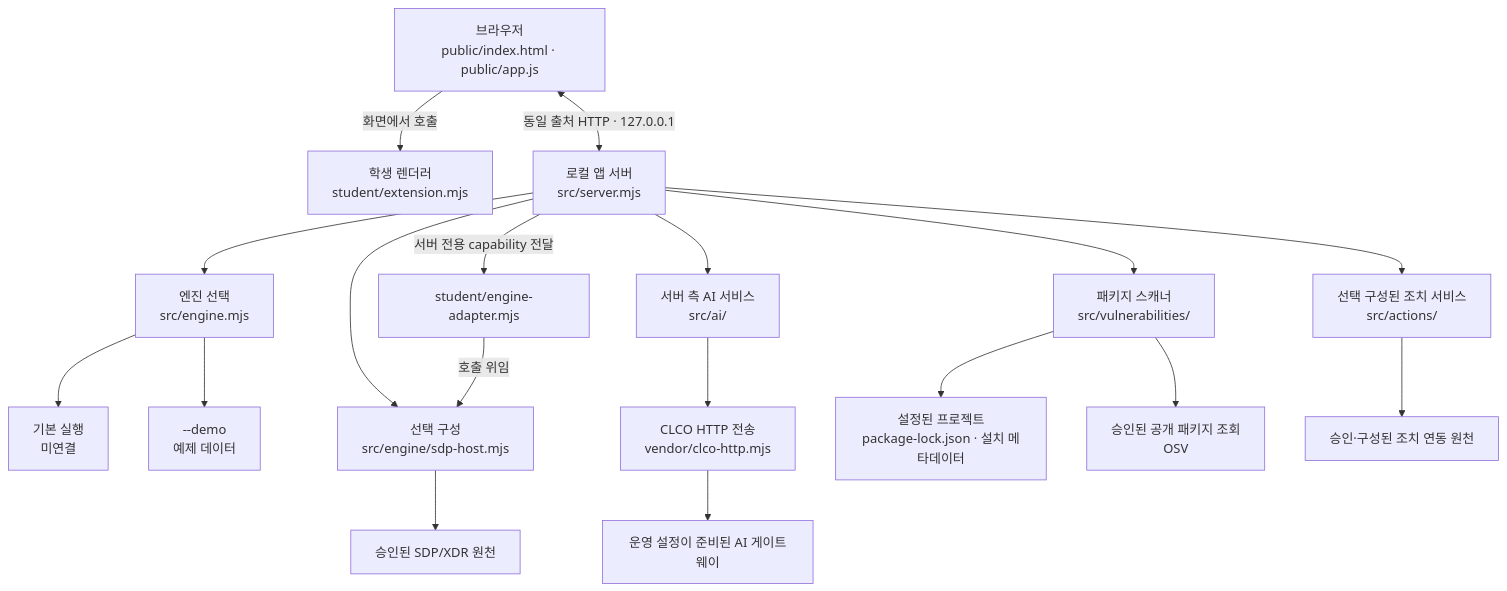
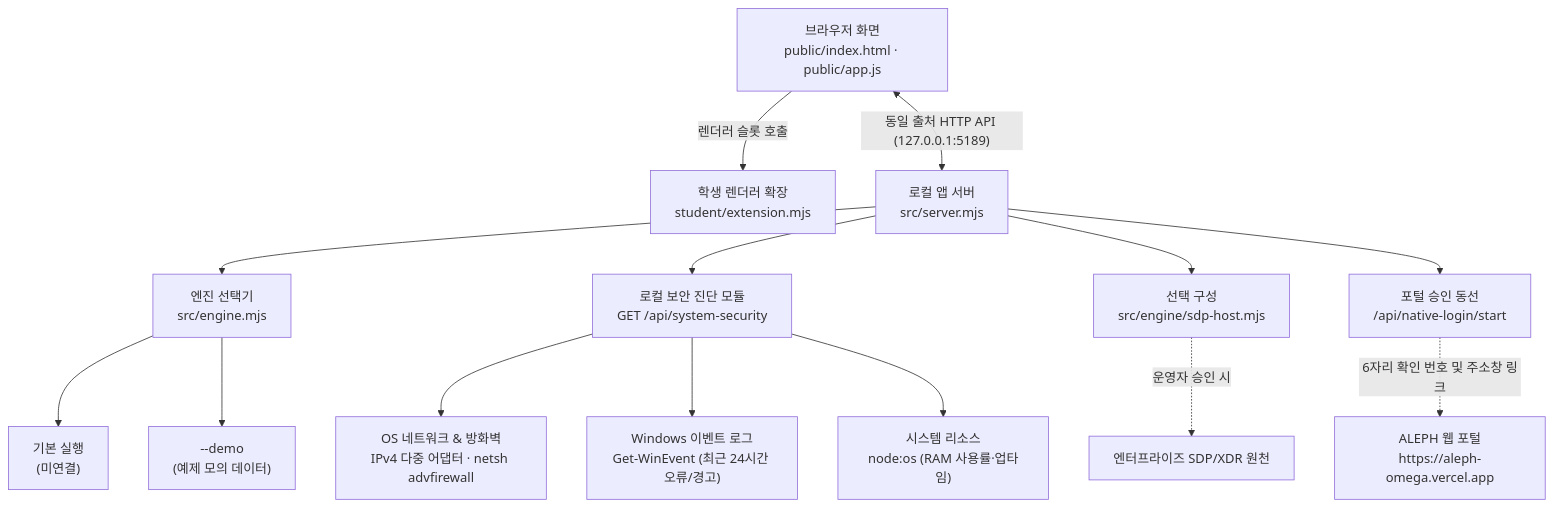
The diagram in dist/Keshev/README.md (Andy255319/on-client), drawn with Mermaid before and after one commit. The commit also changed other lines of this file and 1 other file, not shown here.

````diff
--- a/dist/Keshev/README.md
+++ b/dist/Keshev/README.md
@@ -41,27 +36,24 @@
 ```mermaid
 flowchart TD
-  Browser["브라우저<br/>public/index.html · public/app.js"]
-  Student["학생 렌더러<br/>student/extension.mjs"]
+  Browser["브라우저 화면<br/>public/index.html · public/app.js"]
+  Student["학생 렌더러 확장<br/>student/extension.mjs"]
   Server["로컬 앱 서버<br/>src/server.mjs"]
-  Browser -->|"화면에서 호출"| Student
-  Browser <-->|"동일 출처 HTTP · 127.0.0.1"| Server
+  
+  Browser -->|"렌더러 슬롯 호출"| Student
+  Browser <-->|"동일 출처 HTTP API (127.0.0.1:5189)"| Server
 
-  Server --> Engine["엔진 선택<br/>src/engine.mjs"]
-  Engine --> Disconnected["기본 실행<br/>미연결"]
-  Engine --> Demo["--demo<br/>예제 데이터"]
+  Server --> Engine["엔진 선택기<br/>src/engine.mjs"]
+  Engine --> Disconnected["기본 실행<br/>(미연결)"]
+  Engine --> Demo["--demo<br/>(예제 모의 데이터)"]
+
+  Server --> LocalDiag["로컬 보안 진단 모듈<br/>GET /api/system-security"]
+  LocalDiag --> OS["OS 네트워크 & 방화벽<br/>IPv4 다중 어댑터 · netsh advfirewall"]
+  LocalDiag --> EventLog["Windows 이벤트 로그<br/>Get-WinEvent (최근 24시간 오류/경고)"]
+  LocalDiag --> Memory["시스템 리소스<br/>node:os (RAM 사용률·업타임)"]
+
   Server --> Sdp["선택 구성<br/>src/engine/sdp-host.mjs"]
-  Server -->|"서버 전용 capability 전달"| Adapter["student/engine-adapter.mjs"]
-  Adapter -->|"호출 위임"| Sdp
-  Sdp --> SdpSource["승인된 SDP/XDR 원천"]
+  Sdp -.->|"운영자 승인 시"| SdpSource["엔터프라이즈 SDP/XDR 원천"]
 
-  Server --> Ai["서버 측 AI 서비스<br/>src/ai/"]
-  Ai --> Clco["CLCO HTTP 전송<br/>vendor/clco-http.mjs"]
-  Clco --> Gateway["운영 설정이 준비된 AI 게이트웨이"]
-
-  Server --> Scanner["패키지 스캐너<br/>src/vulnerabilities/"]
-  Scanner --> Project["설정된 프로젝트<br/>package-lock.json · 설치 메타데이터"]
-  Scanner --> Osv["승인된 공개 패키지 조회<br/>OSV"]
-
-  Server --> Actions["선택 구성된 조치 서비스<br/>src/actions/"]
-  Actions --> ActionSource["승인·구성된 조치 연동 원천"]
+  Server --> Portal["포털 승인 동선<br/>/api/native-login/start"]
+  Portal -.->|"6자리 확인 번호 및 주소창 링크"| AlephPortal["ALEPH 웹 포털<br/>https://aleph-omega.vercel.app"]
 ```
````
